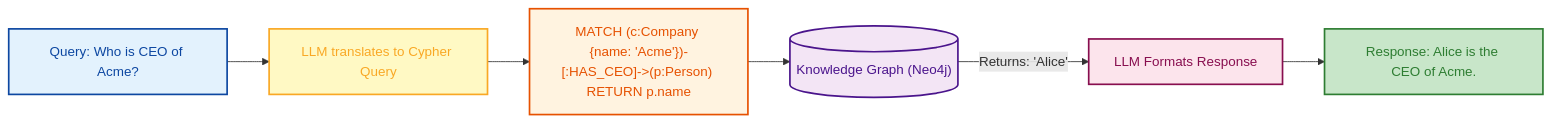
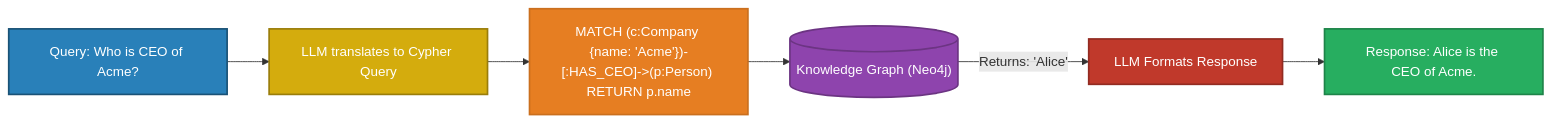
Before and after one commit to GyanendraChaubey/AI-Engineering-Notes: the second of 2 diagrams in docs/11-hallucination/README.md, drawn with Mermaid. The commit also changed other lines of this file and 15 other files, not shown here.

Commit message:
style: replace all Mermaid diagram colors with saturated palette + white text for dark mode compatibility (321 changes across 16 files)

````diff
--- a/docs/11-hallucination/README.md
+++ b/docs/11-hallucination/README.md
@@ -154,16 +154,16 @@
 ```mermaid
 flowchart LR
     A["Query: Who is CEO of Acme?"] --> B["LLM translates to Cypher Query"]
     B --> C["MATCH (c:Company {name: 'Acme'})-[:HAS_CEO]->(p:Person) RETURN p.name"]
     
     C --> D[("Knowledge Graph (Neo4j)")]
     
     D -->|"Returns: 'Alice'"| E["LLM Formats Response"]
     E --> F["Response: Alice is the CEO of Acme."]
-    style A fill:#e3f2fd,stroke:#0d47a1,stroke-width:2px,color:#0d47a1
-    style B fill:#fff9c4,stroke:#f9a825,stroke-width:2px,color:#f9a825
-    style C fill:#fff3e0,stroke:#e65100,stroke-width:2px,color:#e65100
-    style D fill:#f3e5f5,stroke:#4a148c,stroke-width:2px,color:#4a148c
-    style E fill:#fce4ec,stroke:#880e4f,stroke-width:2px,color:#880e4f
-    style F fill:#c8e6c9,stroke:#2e7d32,stroke-width:2px,color:#2e7d32
+    style A fill:#2980B9,stroke:#1A5276,stroke-width:2px,color:#FFFFFF
+    style B fill:#D4AC0D,stroke:#9A7D0A,stroke-width:2px,color:#FFFFFF
+    style C fill:#E67E22,stroke:#CA6F1E,stroke-width:2px,color:#FFFFFF
+    style D fill:#8E44AD,stroke:#6C3483,stroke-width:2px,color:#FFFFFF
+    style E fill:#C0392B,stroke:#922B21,stroke-width:2px,color:#FFFFFF
+    style F fill:#27AE60,stroke:#1E8449,stroke-width:2px,color:#FFFFFF
 ```
````
